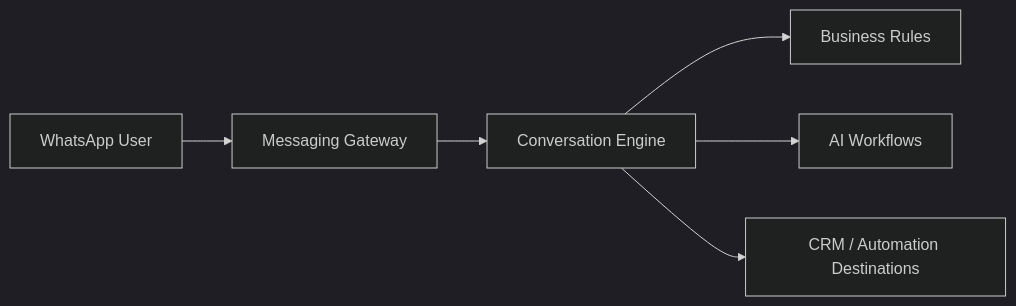
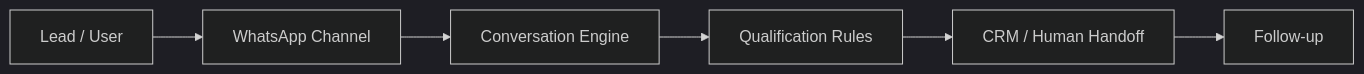
The diagram in projects/whatsbot-ai.md (AdrianoPortuga/codestech-product-portfolio), drawn with Mermaid (dark theme) before and after one commit. The commit also changed other lines of this file and 7 other files, not shown here.

````diff
--- a/projects/whatsbot-ai.md
+++ b/projects/whatsbot-ai.md
@@ -31,8 +21,8 @@
 ```mermaid
 flowchart LR
-    A[WhatsApp User] --> B[Messaging Gateway]
+    A[Lead / User] --> B[WhatsApp Channel]
     B --> C[Conversation Engine]
-    C --> D[Business Rules]
-    C --> E[AI Workflows]
-    C --> F[CRM / Automation Destinations]
+    C --> D[Qualification Rules]
+    D --> E[CRM / Human Handoff]
+    E --> F[Follow-up]
 ```
````
